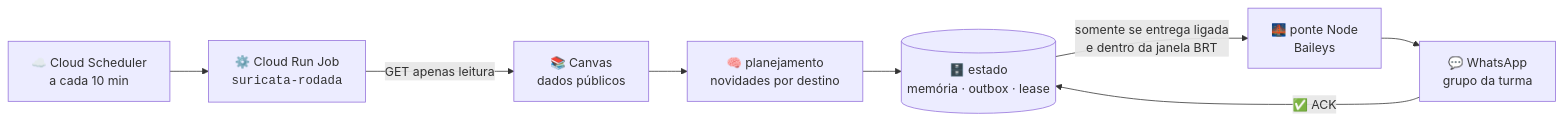
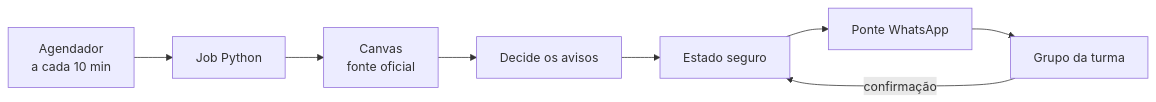
The first of 2 diagrams in docs/arquitetura.md (zC4sTr0/puc-bot-suricata-whatsapp), drawn with Mermaid before and after one commit. The commit also changed other lines of this file and 44 other files, not shown here.

````diff
--- a/docs/arquitetura.md
+++ b/docs/arquitetura.md
@@ -13,10 +13,10 @@
 ```mermaid
 flowchart LR
-    S["☁️ Cloud Scheduler<br/>a cada 10 min"] --> J["⚙️ Cloud Run Job<br/><code>suricata-rodada</code>"]
-    J -->|"GET apenas leitura"| C["📚 Canvas<br/>dados públicos"]
-    C --> P["🧠 planejamento<br/>novidades por destino"]
-    P --> E[("🗄️ estado<br/>memória · outbox · lease")]
-    E -->|"somente se entrega ligada<br/>e dentro da janela BRT"| B["🌉 ponte Node<br/>Baileys"]
-    B --> W["💬 WhatsApp<br/>grupo da turma"]
-    W -->|"✅ ACK"| E
+    A[Agendador<br/>a cada 10 min] --> B[Job Python]
+    B --> C[Canvas<br/>fonte oficial]
+    C --> D[Decide os avisos]
+    D --> E[Estado seguro]
+    E --> F[Ponte WhatsApp]
+    F --> G[Grupo da turma]
+    G -->|confirmação| E
 ```
````
